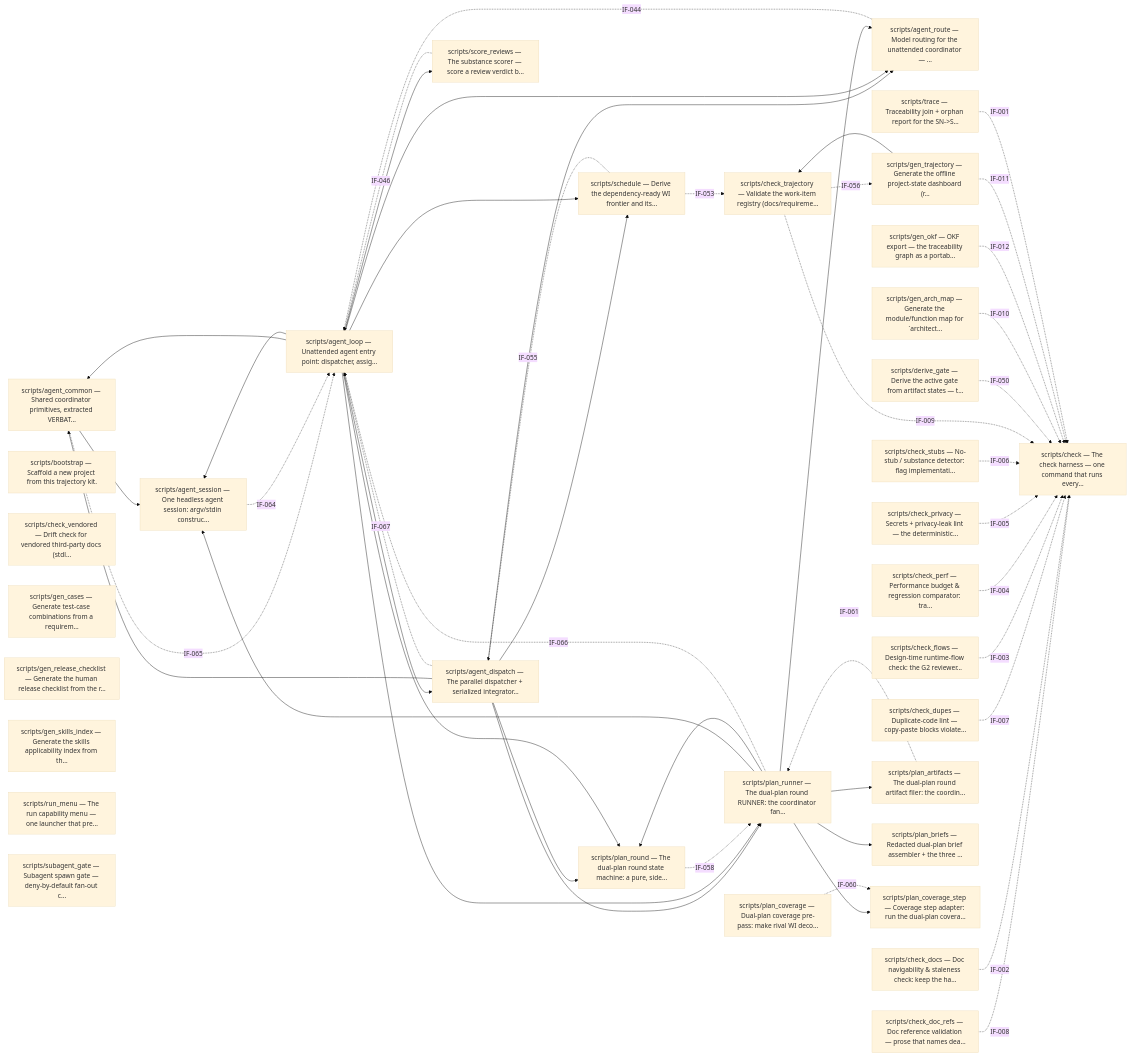
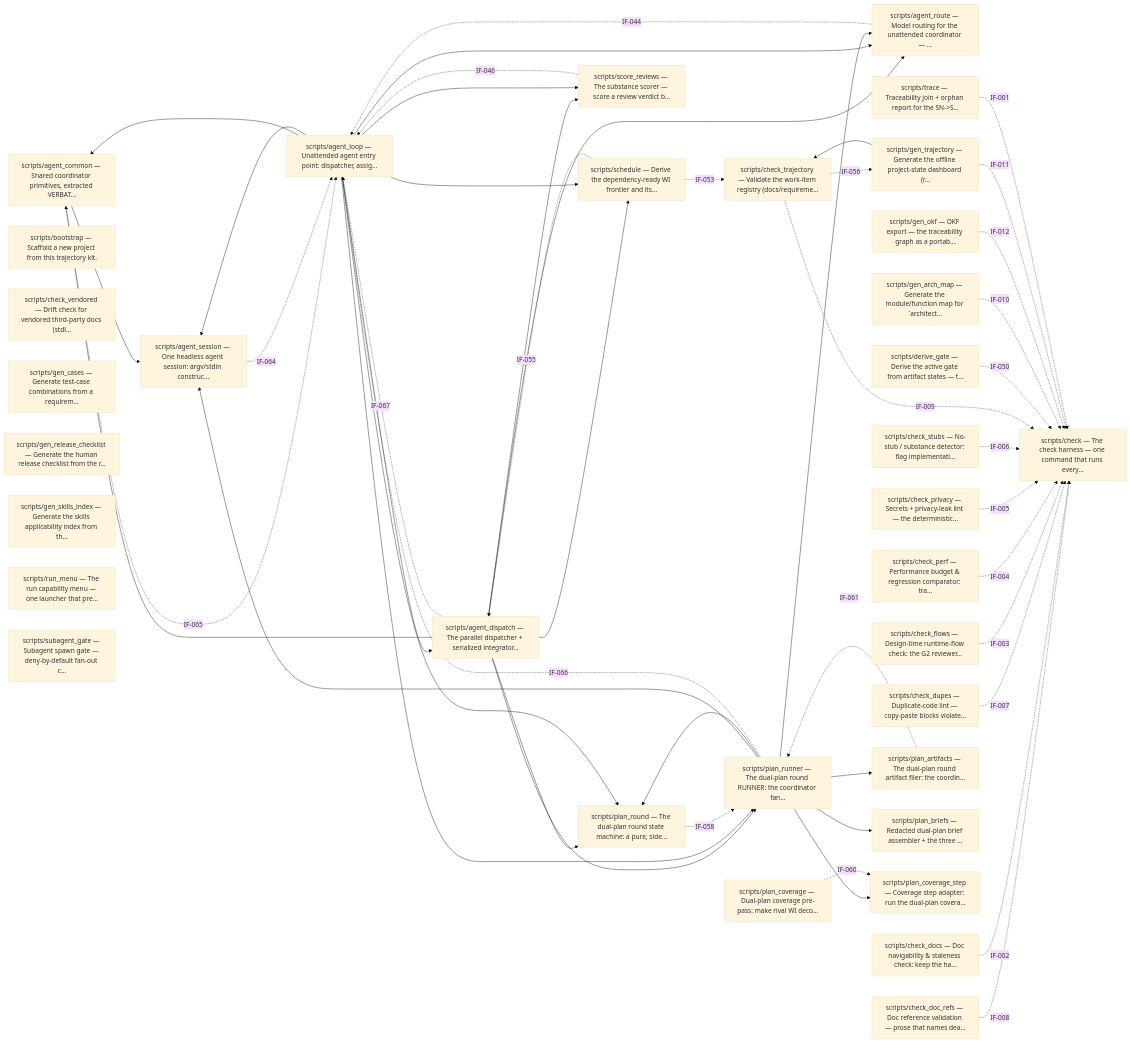
The first of 4 diagrams in docs/architecture.md (diytechy/ai-template), drawn with Mermaid (base theme) before and after one commit. The commit also changed other lines of this file and 8 other files, not shown here.

```diff
--- a/docs/architecture.md
+++ b/docs/architecture.md
@@ -76,6 +76,7 @@
     m_scripts_agent_dispatch --> m_scripts_plan_round
     m_scripts_agent_dispatch --> m_scripts_plan_runner
     m_scripts_agent_dispatch --> m_scripts_schedule
+    m_scripts_agent_dispatch --> m_scripts_score_reviews
     m_scripts_agent_loop --> m_scripts_agent_common
     m_scripts_agent_loop --> m_scripts_agent_dispatch
     m_scripts_agent_loop --> m_scripts_agent_route
```
